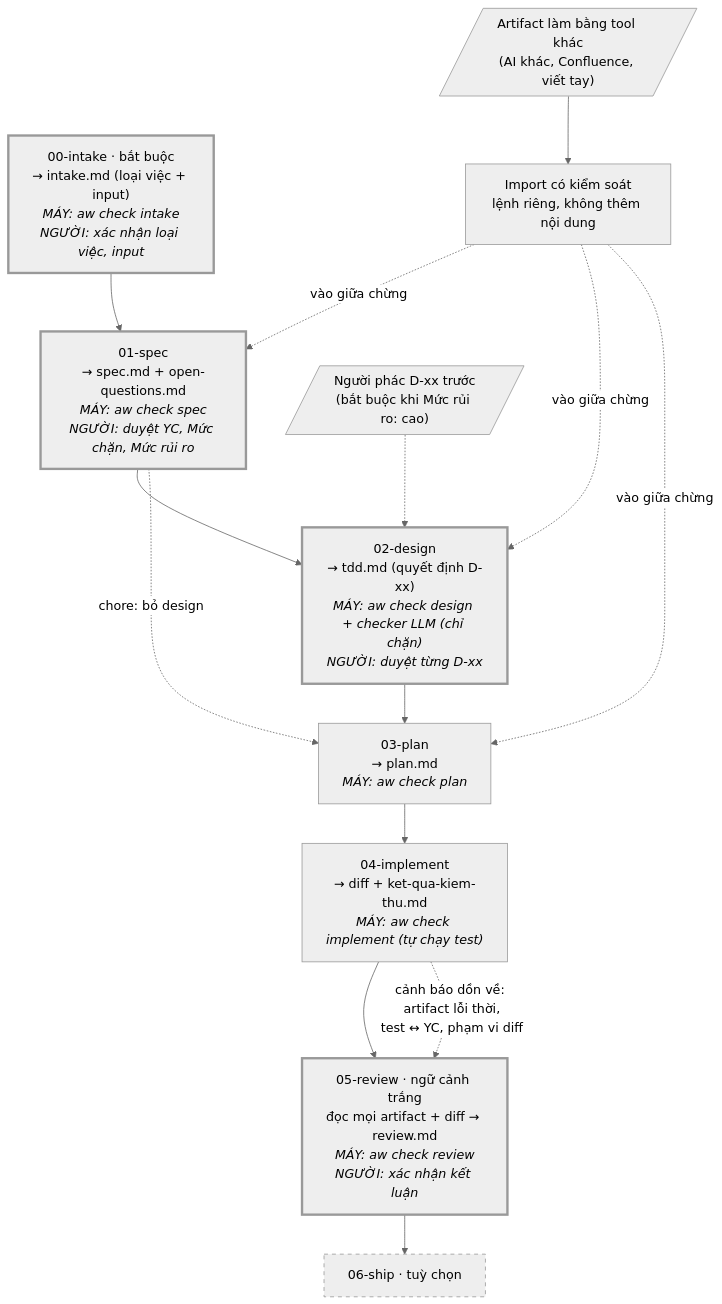
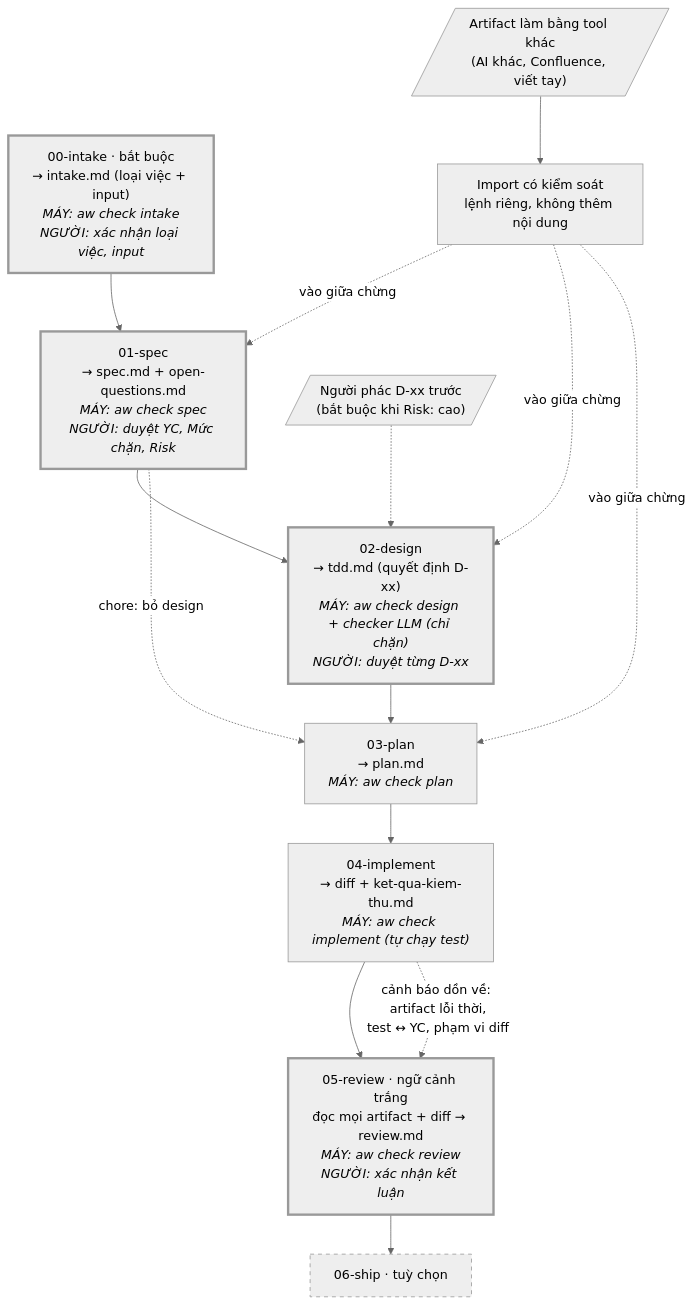
The diagram in README.md (dangminhphuc/agent-workflow), drawn with Mermaid (neutral theme) before and after one commit. The commit also changed other lines of this file and 20 other files, not shown here.

````diff
--- a/README.md
+++ b/README.md
@@ -46,31 +46,31 @@
 ```mermaid
 flowchart TD
     INTAKE["00-intake · bắt buộc<br/>→ intake.md (loại việc + input)<br/><i>MÁY: aw check intake</i><br/><i>NGƯỜI: xác nhận loại việc, input</i>"]
-    SPEC["01-spec<br/>→ spec.md + open-questions.md<br/><i>MÁY: aw check spec</i><br/><i>NGƯỜI: duyệt YC, Mức chặn, Mức rủi ro</i>"]
-    PHAC[/"Người phác D-xx trước<br/>(bắt buộc khi Mức rủi ro: cao)"/]
+    SPEC["01-spec<br/>→ spec.md + open-questions.md<br/><i>MÁY: aw check spec</i><br/><i>NGƯỜI: duyệt YC, Mức chặn, Risk</i>"]
+    PHAC[/"Người phác D-xx trước<br/>(bắt buộc khi Risk: cao)"/]
     DESIGN["02-design<br/>→ tdd.md (quyết định D-xx)<br/><i>MÁY: aw check design + checker LLM (chỉ chặn)</i><br/><i>NGƯỜI: duyệt từng D-xx</i>"]
     PLAN["03-plan<br/>→ plan.md<br/><i>MÁY: aw check plan</i>"]
     IMPL["04-implement<br/>→ diff + ket-qua-kiem-thu.md<br/><i>MÁY: aw check implement (tự chạy test)</i>"]
     REVIEW["05-review · ngữ cảnh trắng<br/>đọc mọi artifact + diff → review.md<br/><i>MÁY: aw check review</i><br/><i>NGƯỜI: xác nhận kết luận</i>"]
     SHIP["06-ship · tuỳ chọn"]
 
     NGOAI[/"Artifact làm bằng tool khác<br/>(AI khác, Confluence, viết tay)"/]
     IMPORT["Import có kiểm soát<br/>lệnh riêng, không thêm nội dung"]
 
     INTAKE --> SPEC --> DESIGN
     PHAC -.-> DESIGN
     DESIGN --> PLAN --> IMPL --> REVIEW --> SHIP
     SPEC -. "chore: bỏ design" .-> PLAN
 
     IMPL -. "cảnh báo dồn về: artifact lỗi thời,<br/>test ↔ YC, phạm vi diff" .-> REVIEW
 
     NGOAI --> IMPORT
     IMPORT -. "vào giữa chừng" .-> SPEC
     IMPORT -. "vào giữa chừng" .-> DESIGN
     IMPORT -. "vào giữa chừng" .-> PLAN
 
     classDef nguoi stroke-width:3px
     classDef tuychon stroke-dasharray:5 5
     class INTAKE,SPEC,DESIGN,REVIEW nguoi
     class SHIP tuychon
 ```
````
